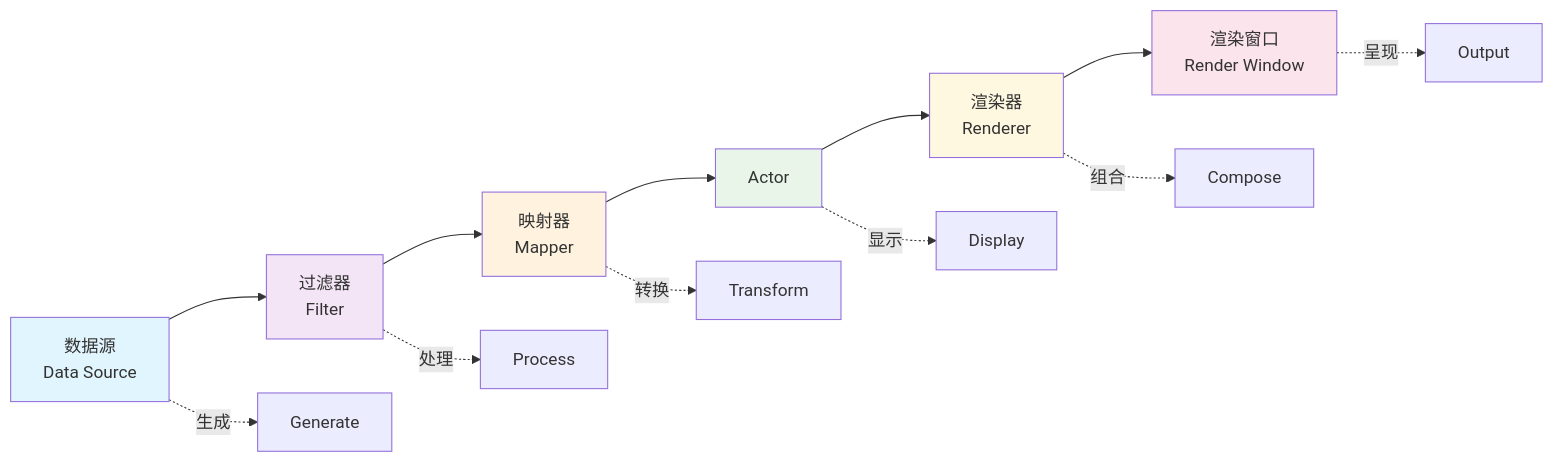
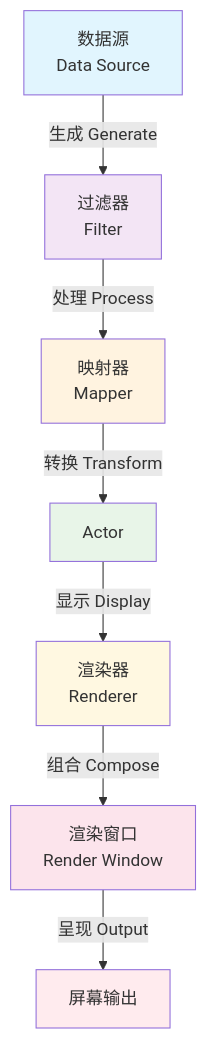
The diagram in vtk-learning-docs/vtk-architecture.md (TreatTrick/vtk-js), drawn with Mermaid before and after one commit. The commit also changed other lines of this file and 3 other files, not shown here.

````diff
--- a/vtk-learning-docs/vtk-architecture.md
+++ b/vtk-learning-docs/vtk-architecture.md
@@ -16,22 +16,17 @@
 ```mermaid
-flowchart LR
-      DS[数据源<br/>Data Source] --> F[过滤器<br/>Filter]
-      F --> M[映射器<br/>Mapper]
-      M --> A[Actor]
-      A --> R[渲染器<br/>Renderer]
-      R --> RW[渲染窗口<br/>Render Window]
-
-      DS -.-> |生成| G[Generate]
-      F -.-> |处理| P[Process]
-      M -.-> |转换| T[Transform]
-      A -.-> |显示| D[Display]
-      R -.-> |组合| C[Compose]
-      RW -.-> |呈现| O[Output]
+flowchart TD
+      DS[数据源<br/>Data Source] -->|生成 Generate| F[过滤器<br/>Filter]
+      F -->|处理 Process| M[映射器<br/>Mapper]
+      M -->|转换 Transform| A[Actor]
+      A -->|显示 Display| R[渲染器<br/>Renderer]
+      R -->|组合 Compose| RW[渲染窗口<br/>Render Window]
+      RW -->|呈现 Output| SCREEN[屏幕输出]
 
       style DS fill:#e1f5fe
       style F fill:#f3e5f5
       style M fill:#fff3e0
       style A fill:#e8f5e8
       style R fill:#fff8e1
       style RW fill:#fce4ec
+      style SCREEN fill:#ffebee
 ```
````
